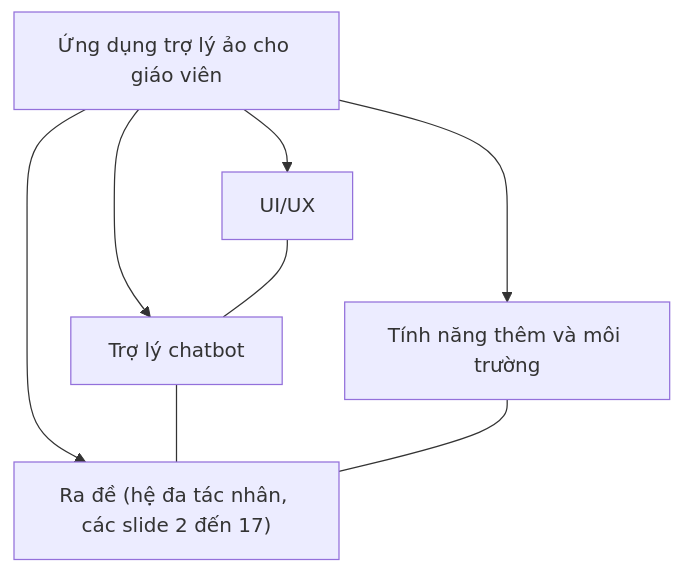
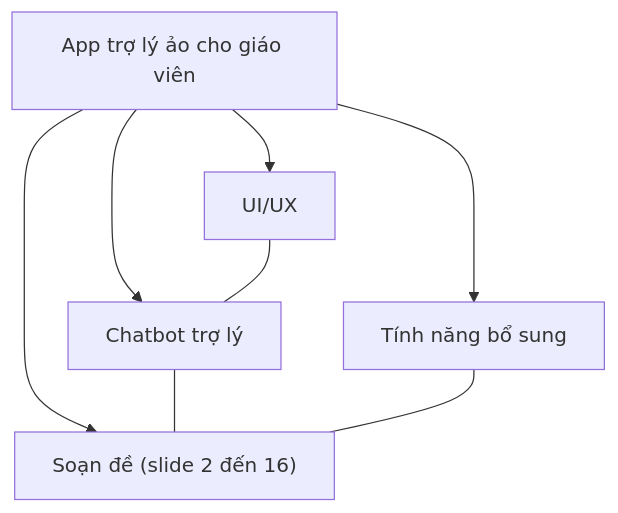
One commit to ndmhuy/ASTRA changed diagram 14 of 16 in docs/ct-slide-plan.md. Above: the diagram before and after it, drawn with Mermaid. The commit also changed other lines of this file and 1 other file, not shown here.

First line of the commit message:
docs(slides): apply team review to CT slide plan (v2)

````diff
--- a/docs/ct-slide-plan.md
+++ b/docs/ct-slide-plan.md
@@ -683,11 +558,11 @@
 ```mermaid
 flowchart TD
-    APP["Ứng dụng trợ lý ảo cho giáo viên"]
-    APP --> A["Ra đề (hệ đa tác nhân, các slide 2 đến 17)"]
+    APP["App trợ lý ảo cho giáo viên"]
+    APP --> A["Soạn đề (slide 2 đến 16)"]
     APP --> B["UI/UX"]
-    APP --> C["Trợ lý chatbot"]
-    APP --> D["Tính năng thêm và môi trường"]
+    APP --> C["Chatbot trợ lý"]
+    APP --> D["Tính năng bổ sung"]
     B --- C
     C --- A
     D --- A
 ```
````
